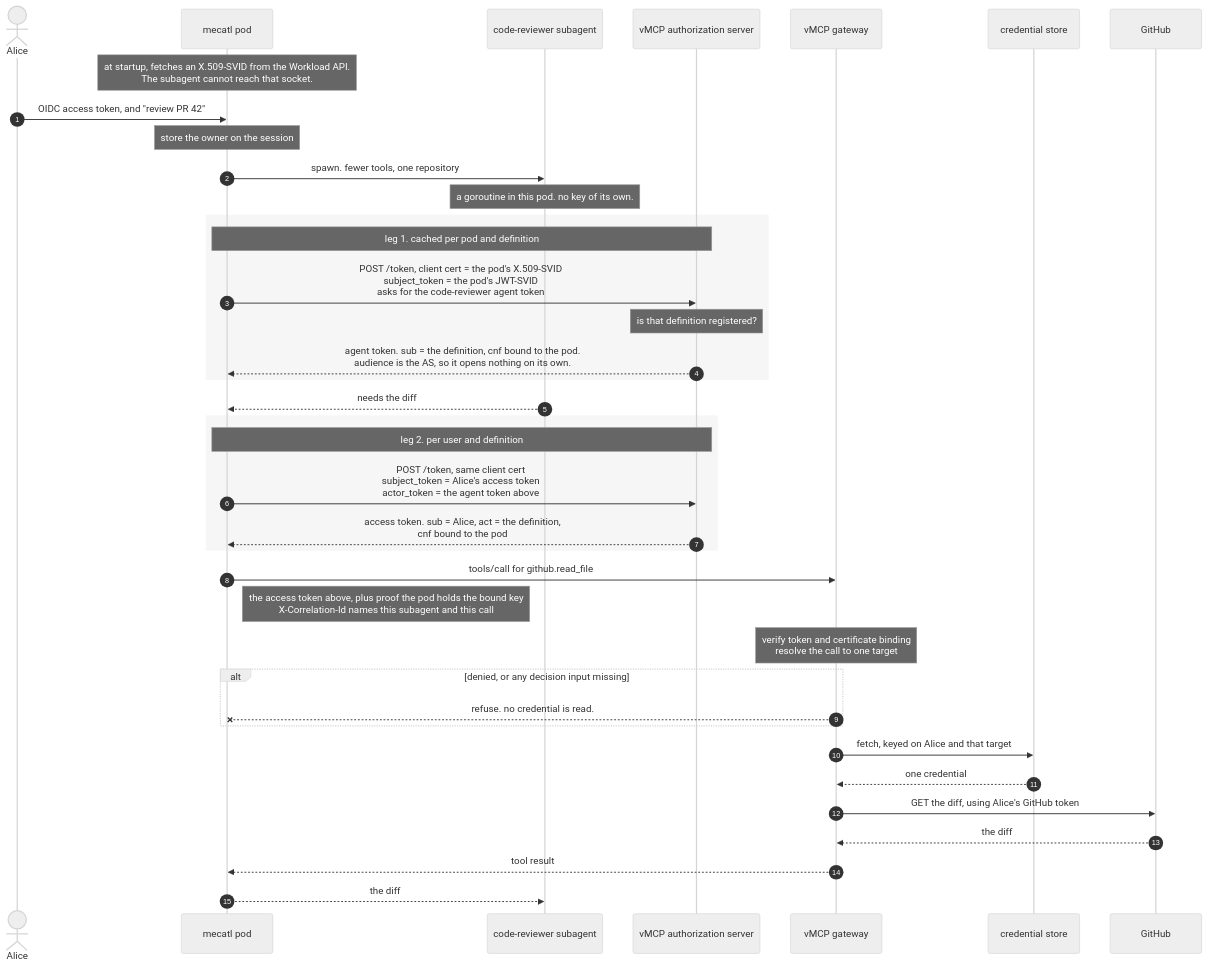
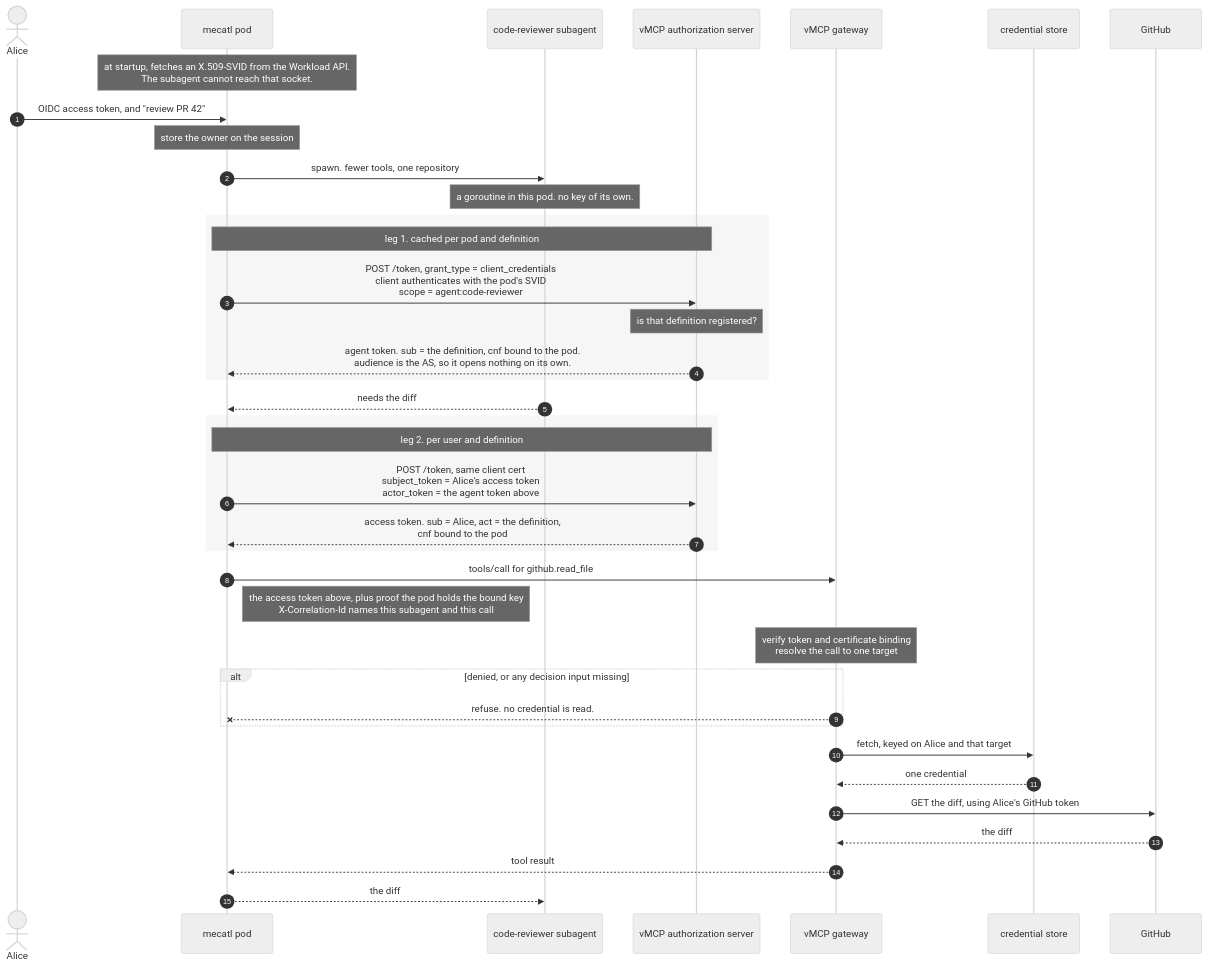
One commit to sabbanis/mecatl changed the diagram in docs/agent-identity-outbound.md. Above: the diagram before and after it, drawn with Mermaid (neutral theme). The commit also changed other lines of this file, not shown here.

First line of the commit message:
docs(agent-identity): leg 1 is the draft's client_credentials request, not an exchange

````diff
--- a/docs/agent-identity-outbound.md
+++ b/docs/agent-identity-outbound.md
@@ -104,49 +104,49 @@
 ```mermaid
 sequenceDiagram
     autonumber
     actor Alice
     participant M as mecatl pod
     participant S as code-reviewer subagent
     participant AS as vMCP authorization server
     participant G as vMCP gateway
     participant V as credential store
     participant B as GitHub
 
     Note over M: at startup, fetches an X.509-SVID from the Workload API.<br/>The subagent cannot reach that socket.
 
     Alice->>M: OIDC access token, and "review PR 42"
     Note over M: store the owner on the session
 
     M->>S: spawn. fewer tools, one repository
     Note over S: a goroutine in this pod. no key of its own.
 
     rect rgba(128,128,128,0.07)
     Note over M,AS: leg 1. cached per pod and definition
-    M->>AS: POST /token, client cert = the pod's X.509-SVID<br/>subject_token = the pod's JWT-SVID<br/>asks for the code-reviewer agent token
+    M->>AS: POST /token, grant_type = client_credentials<br/>client authenticates with the pod's SVID<br/>scope = agent:code-reviewer
     Note over AS: is that definition registered?
     AS-->>M: agent token. sub = the definition, cnf bound to the pod.<br/>audience is the AS, so it opens nothing on its own.
     end
 
     S-->>M: needs the diff
 
     rect rgba(128,128,128,0.07)
     Note over M,AS: leg 2. per user and definition
     M->>AS: POST /token, same client cert<br/>subject_token = Alice's access token<br/>actor_token = the agent token above
     AS-->>M: access token. sub = Alice, act = the definition,<br/>cnf bound to the pod
     end
 
     M->>G: tools/call for github.read_file
     Note right of M: the access token above, plus proof the pod holds the bound key<br/>X-Correlation-Id names this subagent and this call
 
     Note over G: verify token and certificate binding<br/>resolve the call to one target
     alt denied, or any decision input missing
         G--xM: refuse. no credential is read.
     end
 
     G->>V: fetch, keyed on Alice and that target
     V-->>G: one credential
     G->>B: GET the diff, using Alice's GitHub token
     B-->>G: the diff
     G-->>M: tool result
     M-->>S: the diff
 ```
````
